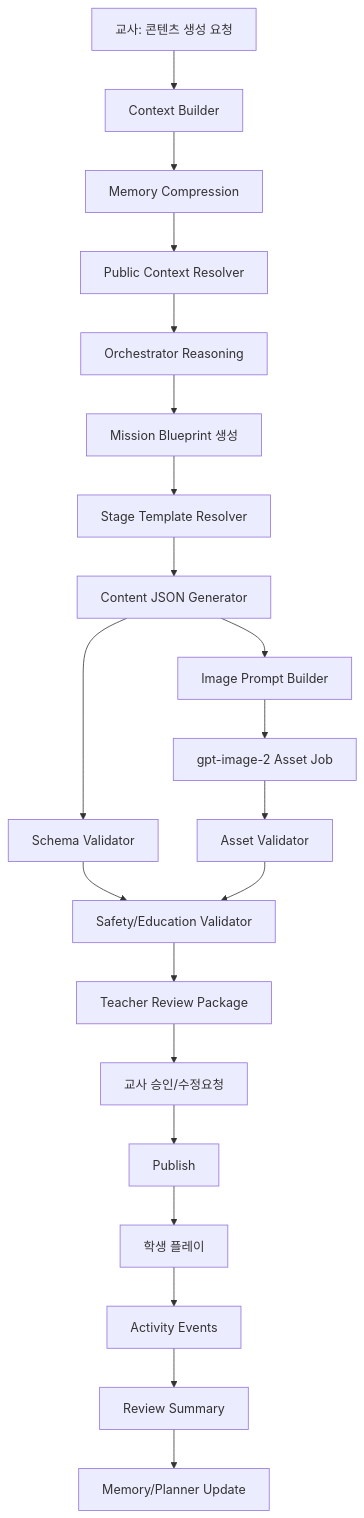
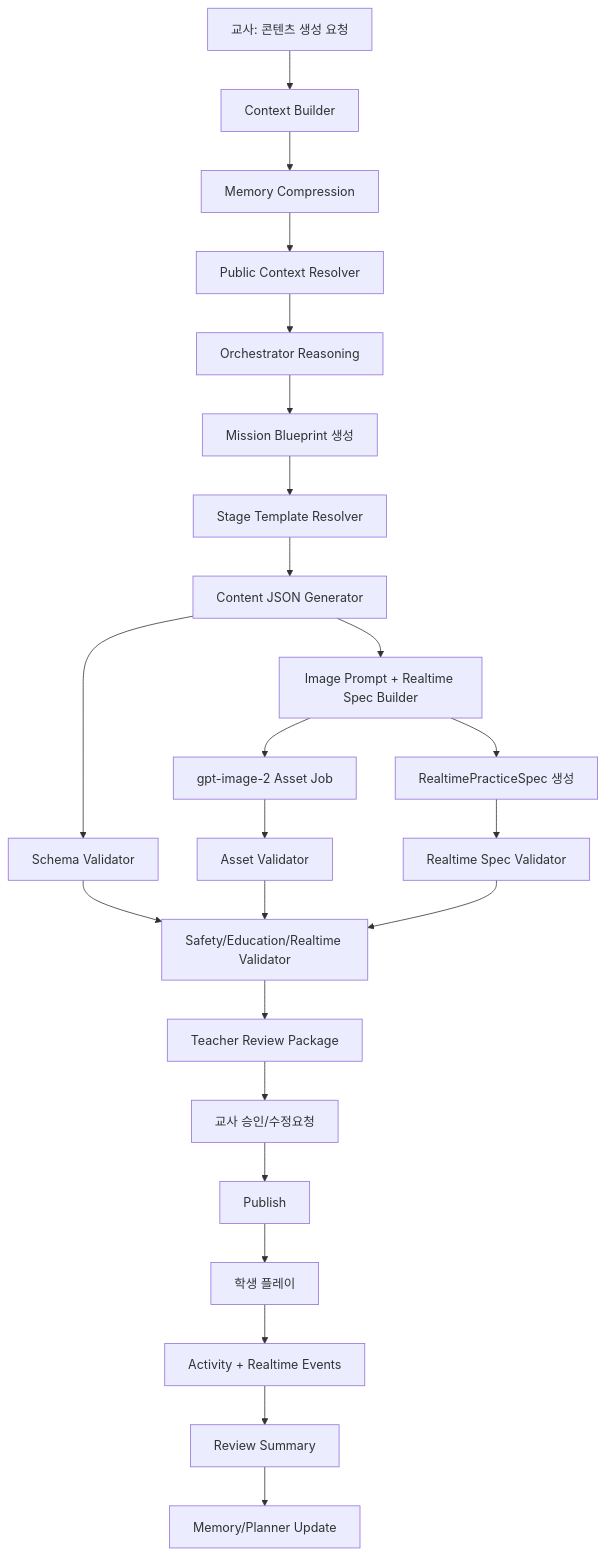
One commit to Germ-y/Education_AI_Demo changed the diagram in docs/05-backend-feature-spec.md. Above: the diagram before and after it, drawn with Mermaid. The commit also changed other lines of this file, not shown here.

````diff
--- a/docs/05-backend-feature-spec.md
+++ b/docs/05-backend-feature-spec.md
@@ -105,23 +108,26 @@
 ```mermaid
 flowchart TD
   A["교사: 콘텐츠 생성 요청"] --> B["Context Builder"]
   B --> C["Memory Compression"]
   C --> D["Public Context Resolver"]
   D --> E["Orchestrator Reasoning"]
   E --> F["Mission Blueprint 생성"]
   F --> G["Stage Template Resolver"]
   G --> H["Content JSON Generator"]
-  H --> I["Image Prompt Builder"]
+  H --> I["Image Prompt + Realtime Spec Builder"]
   I --> J["gpt-image-2 Asset Job"]
+  I --> U["RealtimePracticeSpec 생성"]
   H --> K["Schema Validator"]
   J --> L["Asset Validator"]
-  K --> M["Safety/Education Validator"]
+  U --> V["Realtime Spec Validator"]
+  K --> M["Safety/Education/Realtime Validator"]
   L --> M
+  V --> M
   M --> N["Teacher Review Package"]
   N --> O["교사 승인/수정요청"]
   O --> P["Publish"]
   P --> Q["학생 플레이"]
-  Q --> R["Activity Events"]
+  Q --> R["Activity + Realtime Events"]
   R --> S["Review Summary"]
   S --> T["Memory/Planner Update"]
 ```
````
